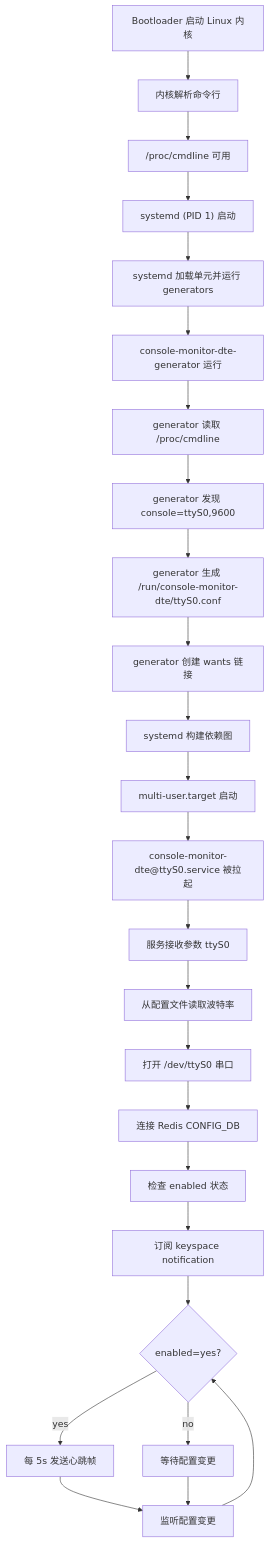
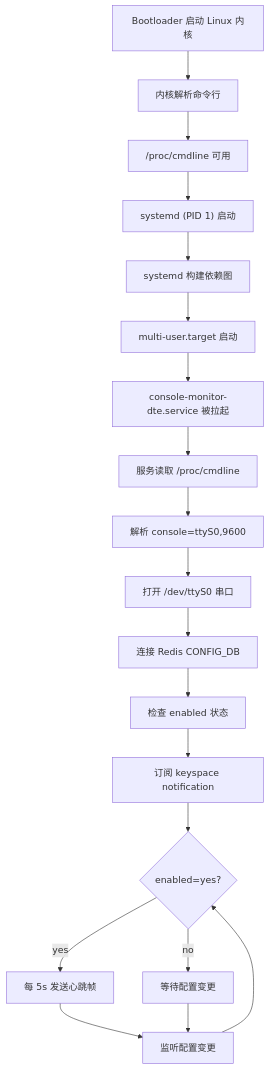
Before and after one commit to wiperi/consoled: the third of 3 diagrams in docs/Console-Monitor-HLD-CN.md, drawn with Mermaid. The commit also changed other lines of this file and 1 other file, not shown here.

````diff
--- a/docs/Console-Monitor-HLD-CN.md
+++ b/docs/Console-Monitor-HLD-CN.md
@@ -441,27 +410,21 @@
 ```mermaid
 flowchart TD
   A["Bootloader 启动 Linux 内核"] --> B["内核解析命令行"]
   B --> C["/proc/cmdline 可用"]
   C --> D["systemd (PID 1) 启动"]
-  D --> E["systemd 加载单元并运行 generators"]
-  E --> F["console-monitor-dte-generator 运行"]
-  F --> G["generator 读取 /proc/cmdline"]
-  G --> H["generator 发现 console=ttyS0,9600"]
-  H --> I["generator 生成 /run/console-monitor-dte/ttyS0.conf"]
-  I --> J["generator 创建 wants 链接"]
-  J --> K["systemd 构建依赖图"]
-  K --> L["multi-user.target 启动"]
-  L --> M["console-monitor-dte@ttyS0.service 被拉起"]
-  M --> N["服务接收参数 ttyS0"]
-  N --> O["从配置文件读取波特率"]
-  O --> P["打开 /dev/ttyS0 串口"]
-  P --> Q["连接 Redis CONFIG_DB"]
-  Q --> R["检查 enabled 状态"]
-  R --> S["订阅 keyspace notification"]
-  S --> T{"enabled=yes?"}
-  T -- yes --> U["每 5s 发送心跳帧"]
-  T -- no --> V["等待配置变更"]
-  U --> W["监听配置变更"]
-  V --> W
-  W --> T
+  D --> E["systemd 构建依赖图"]
+  E --> F["multi-user.target 启动"]
+  F --> G["console-monitor-dte.service 被拉起"]
+  G --> H["服务读取 /proc/cmdline"]
+  H --> I["解析 console=ttyS0,9600"]
+  I --> J["打开 /dev/ttyS0 串口"]
+  J --> K["连接 Redis CONFIG_DB"]
+  K --> L["检查 enabled 状态"]
+  L --> M["订阅 keyspace notification"]
+  M --> N{"enabled=yes?"}
+  N -- yes --> O["每 5s 发送心跳帧"]
+  N -- no --> P["等待配置变更"]
+  O --> Q["监听配置变更"]
+  P --> Q
+  Q --> N
 ```
````
